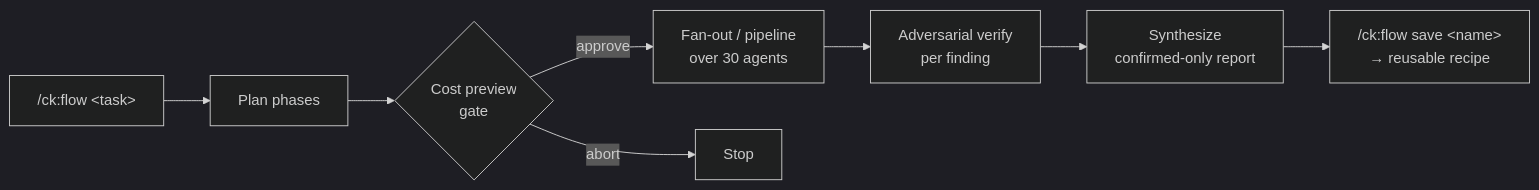
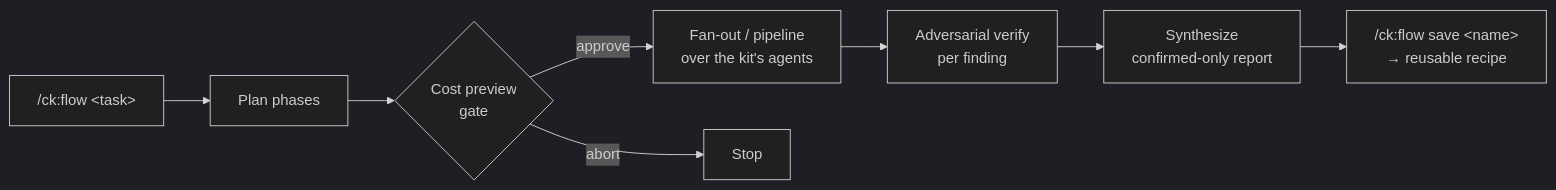
The ninth of 10 diagrams in README.md (trungdo9/ClauKit), drawn with Mermaid (dark theme) before and after one commit. The commit also changed other lines of this file and 63 other files, not shown here.

First line of the commit message:
refactor(kit): retire 18 unrouted skills and 2 duplicate agents

````diff
--- a/README.md
+++ b/README.md
@@ -325,10 +325,10 @@
 ```mermaid
 flowchart LR
     A["/ck:flow &lt;task&gt;"] --> B[Plan phases]
     B --> C{Cost preview<br/>gate}
-    C -->|approve| D[Fan-out / pipeline<br/>over 30 agents]
+    C -->|approve| D[Fan-out / pipeline<br/>over the kit's agents]
     C -->|abort| Z[Stop]
     D --> E[Adversarial verify<br/>per finding]
     E --> F[Synthesize<br/>confirmed-only report]
     F --> G["/ck:flow save &lt;name&gt;<br/>→ reusable recipe"]
 ```
````
